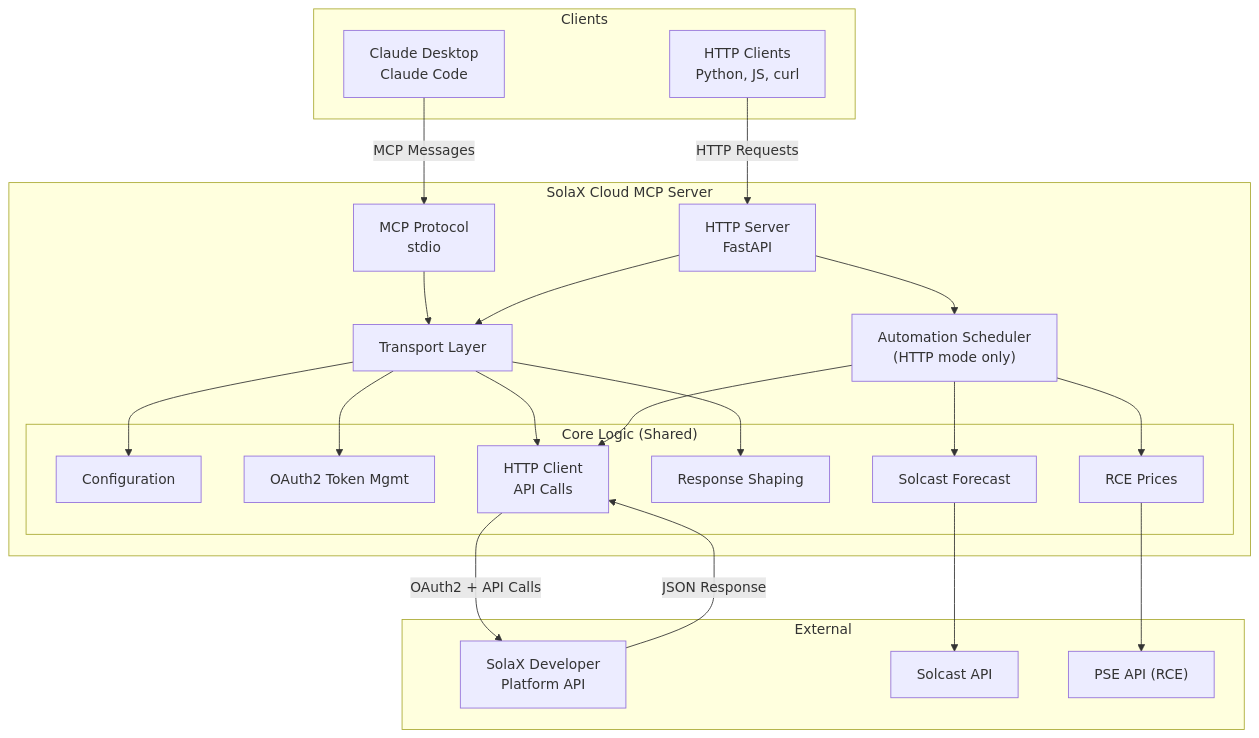
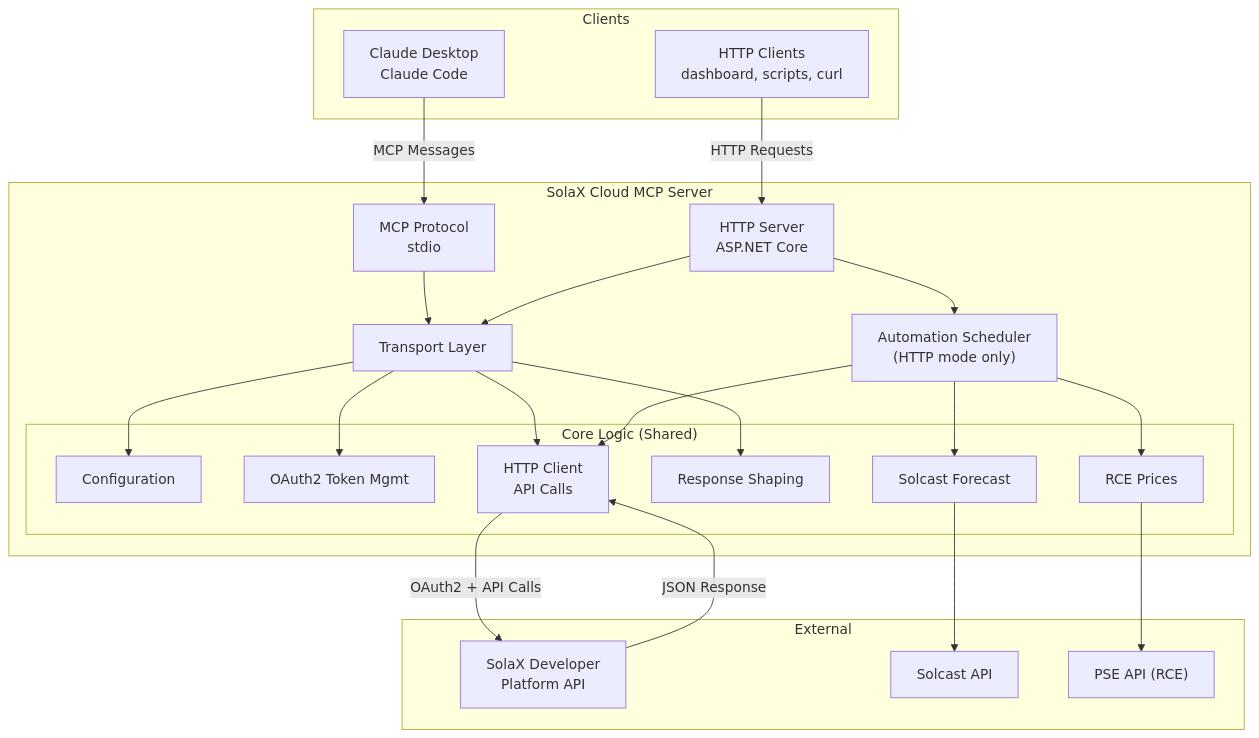
The first of 12 diagrams in ARCHITECTURE.md (tomkor/solax-cloud-mcp), drawn with Mermaid before and after one commit. The commit also changed other lines of this file and 73 other files, not shown here.

First line of the commit message:
Rewrite the server in C# and move the dashboard to Blazor

````diff
--- a/ARCHITECTURE.md
+++ b/ARCHITECTURE.md
@@ -30,46 +30,46 @@
 ```mermaid
 graph TB
     subgraph "Clients"
         Claude["Claude Desktop<br/>Claude Code"]
-        HTTP["HTTP Clients<br/>Python, JS, curl"]
+        HTTP["HTTP Clients<br/>dashboard, scripts, curl"]
     end
     
     subgraph "SolaX Cloud MCP Server"
         Transport["Transport Layer"]
         MCP["MCP Protocol<br/>stdio"]
-        FastAPI["HTTP Server<br/>FastAPI"]
+        HttpSrv["HTTP Server<br/>ASP.NET Core"]
         
         subgraph "Core Logic (Shared)"
             Config["Configuration"]
             Auth["OAuth2 Token Mgmt"]
             Client["HTTP Client<br/>API Calls"]
             Models["Response Shaping"]
             Forecast["Solcast Forecast"]
             Prices["RCE Prices"]
         end
         Scheduler["Automation Scheduler<br/>(HTTP mode only)"]
     end
     
     subgraph "External"
         SolaxAPI["SolaX Developer<br/>Platform API"]
         SolcastAPI["Solcast API"]
         PSEAPI["PSE API (RCE)"]
     end
     
     Claude -->|MCP Messages| MCP
-    HTTP -->|HTTP Requests| FastAPI
+    HTTP -->|HTTP Requests| HttpSrv
     MCP --> Transport
-    FastAPI --> Transport
+    HttpSrv --> Transport
     Transport --> Config
     Transport --> Auth
     Transport --> Client
     Transport --> Models
     Client -->|OAuth2 + API Calls| SolaxAPI
     SolaxAPI -->|JSON Response| Client
     Forecast --> SolcastAPI
     Prices --> PSEAPI
-    FastAPI --> Scheduler
+    HttpSrv --> Scheduler
     Scheduler --> Client
     Scheduler --> Forecast
     Scheduler --> Prices
 ```
````
